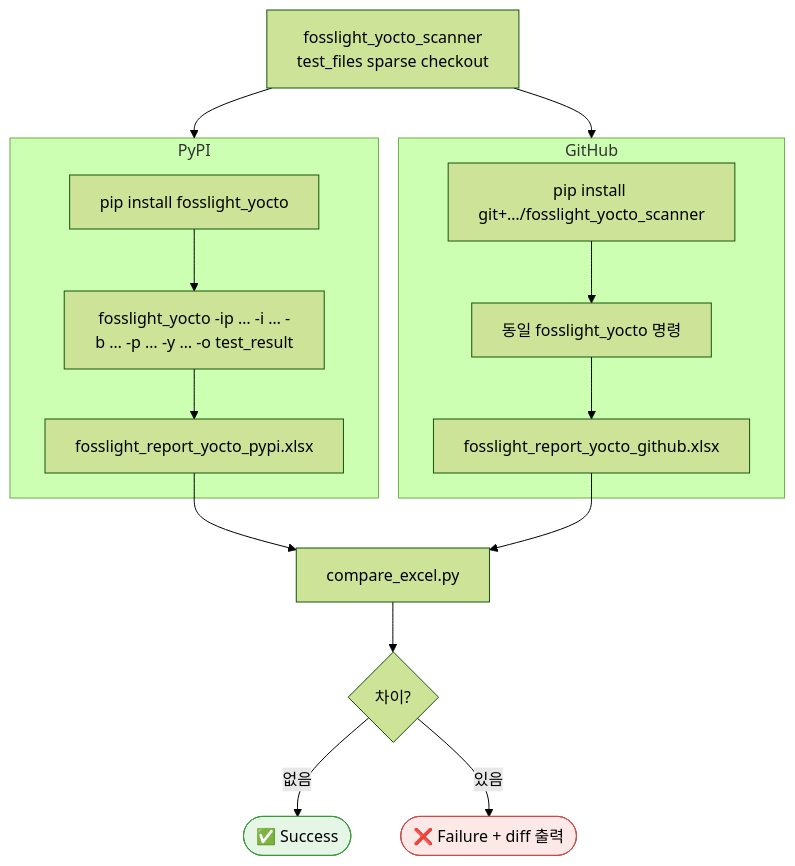
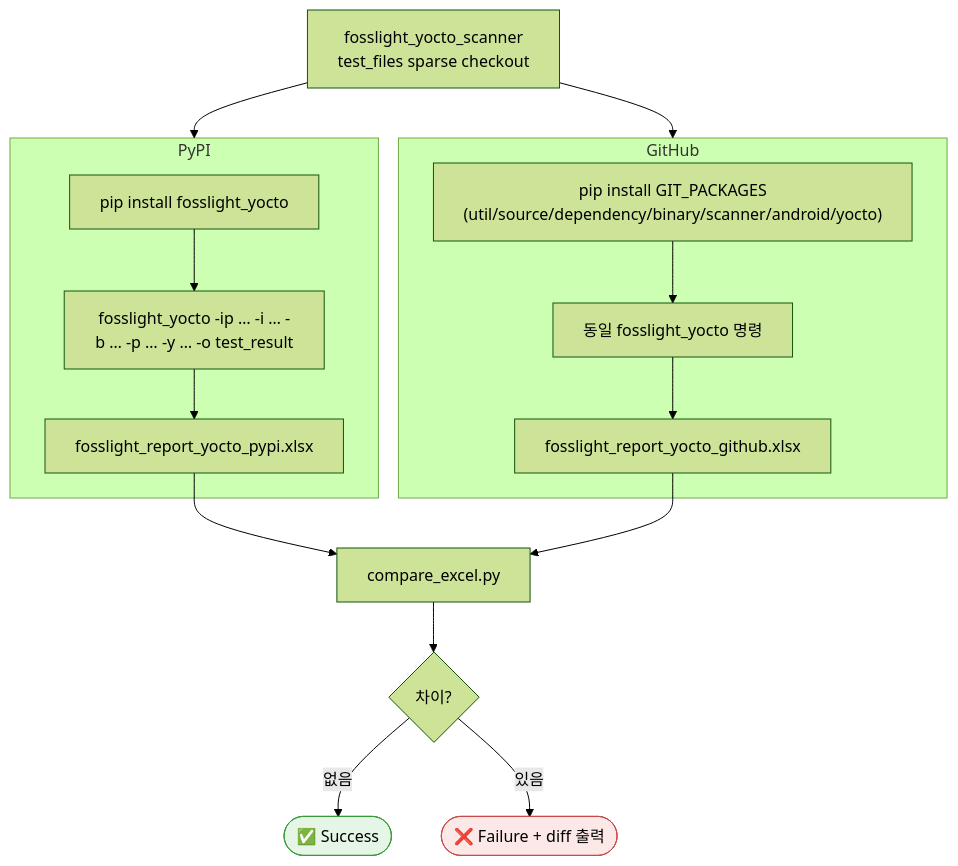
One commit to fosslight/fosslight_scanner_test changed the second of 3 diagrams in docs/flowchart.md. Above: the diagram before and after it, drawn with Mermaid (forest theme). The commit also changed other lines of this file and 4 other files, not shown here.

First line of the commit message:
Share GIT_PACKAGES so yocto tests install the same git dependencies as scanner.

````diff
--- a/docs/flowchart.md
+++ b/docs/flowchart.md
@@ -63,28 +63,28 @@
 ```mermaid
 flowchart TD
     Fetch[fosslight_yocto_scanner<br/>test_files sparse checkout] --> PyPI
     Fetch --> GitHub
 
     subgraph PyPI["PyPI"]
         P1["pip install fosslight_yocto"]
         P2["fosslight_yocto -ip … -i … -b … -p … -y … -o test_result"]
         P3[fosslight_report_yocto_pypi.xlsx]
         P1 --> P2 --> P3
     end
 
     subgraph GitHub["GitHub"]
-        G1["pip install git+…/fosslight_yocto_scanner"]
+        G1["pip install GIT_PACKAGES<br/>(util/source/dependency/binary/scanner/android/yocto)"]
         G2["동일 fosslight_yocto 명령"]
         G3[fosslight_report_yocto_github.xlsx]
         G1 --> G2 --> G3
     end
 
     P3 --> Cmp[compare_excel.py]
     G3 --> Cmp
     Cmp --> Out{차이?}
     Out -->|없음| OK([✅ Success])
     Out -->|있음| NG([❌ Failure + diff 출력])
 
     style OK fill:#e6f6e6,stroke:#3a9a3a
     style NG fill:#fde8e8,stroke:#c84a4a
 ```
````
